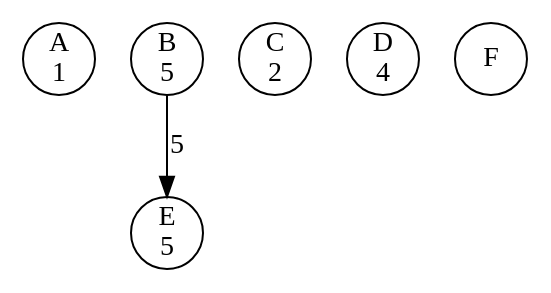
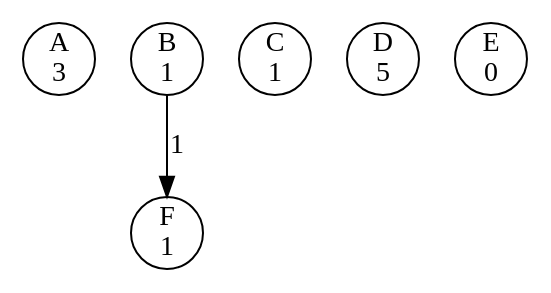
The diagram in concurrency-lab-2/bank/out/0000000006.gv (li23179/GO), drawn with Graphviz before and after one commit. The commit also changed 110 other files, not shown here.

```diff
--- a/concurrency-lab-2/bank/out/0000000006.gv
+++ b/concurrency-lab-2/bank/out/0000000006.gv
@@ -1,9 +1,9 @@
 digraph bank {
-	 0 [label= "A\n1" , pos= "1,0!" , shape=circle, fixedsize=true, width=0.5 ]
-	 1 [label= "B\n5" , pos= "0,1!" , shape=circle, fixedsize=true, width=0.5 ]
-	 2 [label= "C\n2" , pos= "1,2!" , shape=circle, fixedsize=true, width=0.5 ]
-	 3 [label= "D\n4" , pos= "2,2!" , shape=circle, fixedsize=true, width=0.5 ]
-	 4 [label= "E\n5" , pos= "3,1!" , shape=circle, fixedsize=true, width=0.5 ]
-	 5 [label= "F\n" , pos= "2,0!" , shape=circle, fixedsize=true, width=0.5 ]
-	 "1" -> "4" [label= "5" ]
+	 0 [label= "A\n3" , pos= "1,0!" , shape=circle, fixedsize=true, width=0.5 ]
+	 1 [label= "B\n1" , pos= "0,1!" , shape=circle, fixedsize=true, width=0.5 ]
+	 2 [label= "C\n1" , pos= "1,2!" , shape=circle, fixedsize=true, width=0.5 ]
+	 3 [label= "D\n5" , pos= "2,2!" , shape=circle, fixedsize=true, width=0.5 ]
+	 4 [label= "E\n0" , pos= "3,1!" , shape=circle, fixedsize=true, width=0.5 ]
+	 5 [label= "F\n1" , pos= "2,0!" , shape=circle, fixedsize=true, width=0.5 ]
+	 "1" -> "5" [label= "1" ]
 }
```
